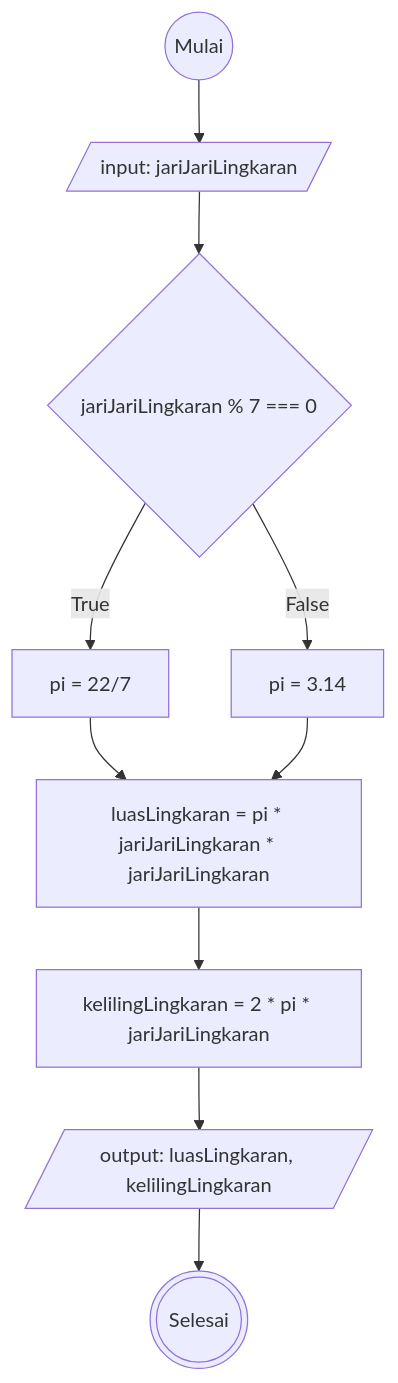
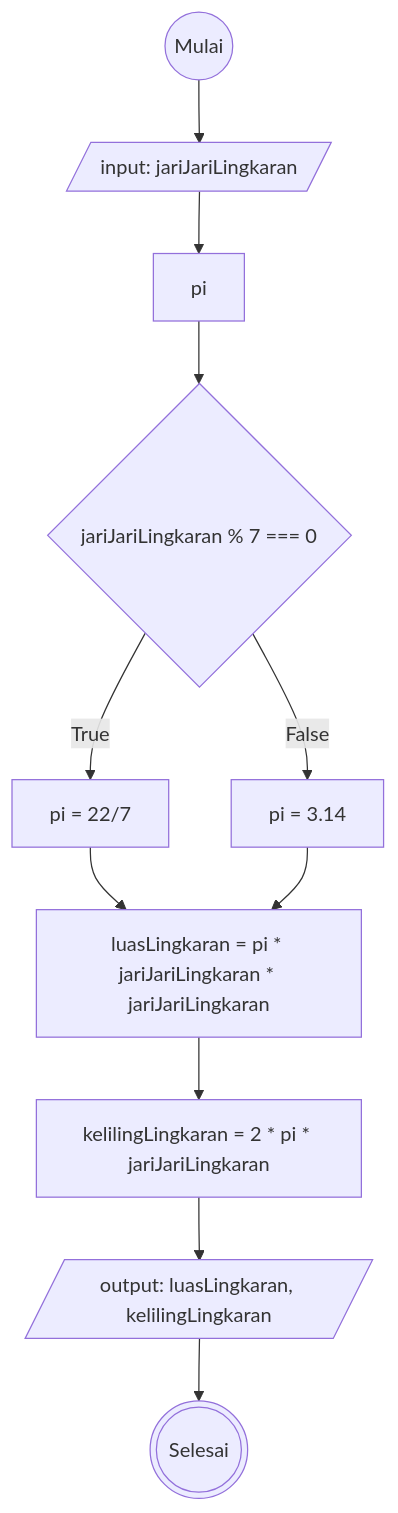
One commit to Arif14377/koda-b6-javascript1 changed the diagram in README.md. Above: the diagram before and after it, drawn with Mermaid.

````diff
--- a/README.md
+++ b/README.md
@@ -5,22 +5,24 @@
 ```mermaid
 flowchart TD
 start@{shape: circle, label: "Mulai"}
 input-r@{shape: lean-r, label: "input: jariJariLingkaran"}
+piKosong@{shape: rect, label: "pi"}
 pi@{shape: rect, label: "pi = 22/7"}
 pi2@{shape: rect, label: "pi = 3.14"}
 whatPi@{shape: diamond, label: "jariJariLingkaran % 7 === 0"}
 hitungLuas@{shape: rect, label: "luasLingkaran = pi * jariJariLingkaran * jariJariLingkaran"}
 hitungKeliling@{shape: rect, label: "kelilingLingkaran = 2 * pi * jariJariLingkaran"}
 output@{shape: lean-r, label: "output: luasLingkaran, kelilingLingkaran"}
 stop@{shape: dbl-circ, label: "Selesai"}
 
 start --> input-r
-input-r-->whatPi
+input-r-->piKosong
+piKosong-->whatPi
 whatPi--True-->pi
 whatPi--False-->pi2
 pi-->hitungLuas
 pi2-->hitungLuas
 hitungLuas-->hitungKeliling
 hitungKeliling-->output
 output-->stop
 ```
````
